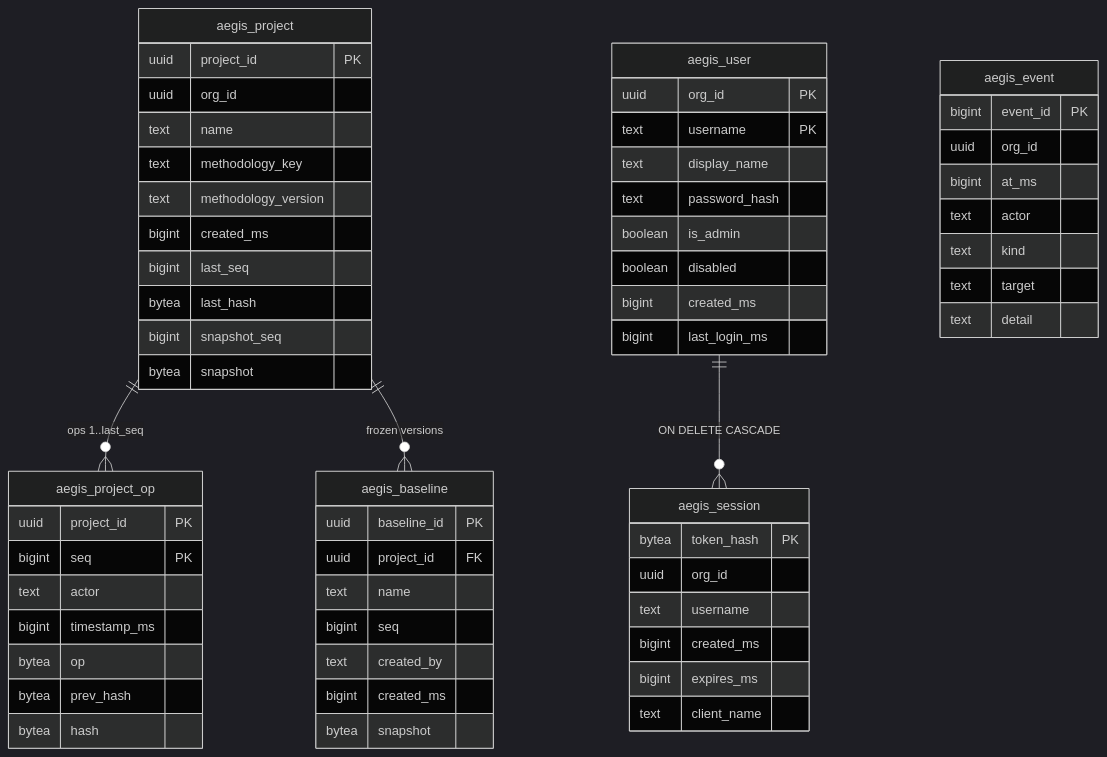
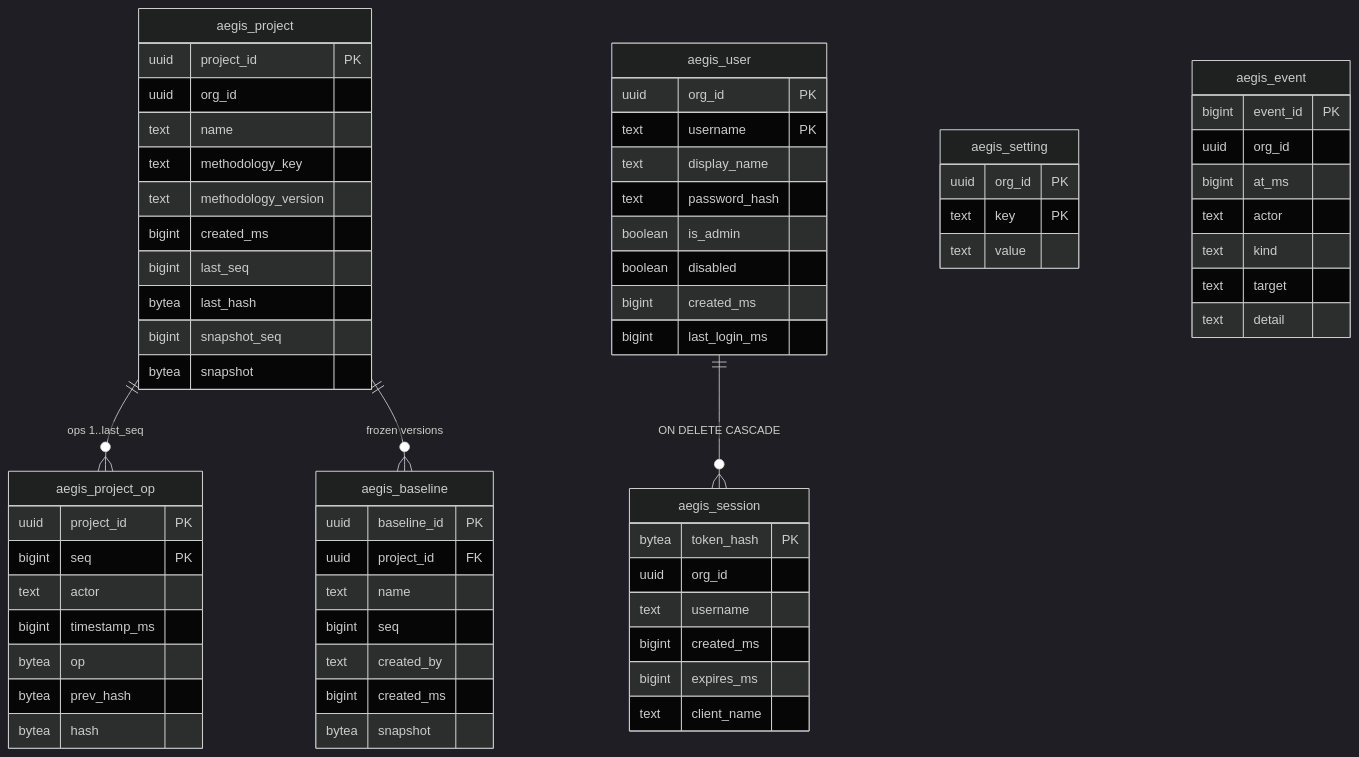
Diagram 18 of 20 in docs/architecture.md (eNipu/AegisTARA), drawn with Mermaid (dark theme) before and after one commit. The commit also changed other lines of this file and 27 other files, not shown here.

````diff
--- a/docs/architecture.md
+++ b/docs/architecture.md
@@ -1452,63 +1469,68 @@
 ```mermaid
 erDiagram
     aegis_project ||--o{ aegis_project_op : "ops 1..last_seq"
     aegis_project ||--o{ aegis_baseline : "frozen versions"
     aegis_user ||--o{ aegis_session : "ON DELETE CASCADE"
     aegis_project {
         uuid project_id PK
         uuid org_id
         text name
         text methodology_key
         text methodology_version
         bigint created_ms
         bigint last_seq
         bytea last_hash
         bigint snapshot_seq
         bytea snapshot
     }
     aegis_project_op {
         uuid project_id PK
         bigint seq PK
         text actor
         bigint timestamp_ms
         bytea op
         bytea prev_hash
         bytea hash
     }
     aegis_baseline {
         uuid baseline_id PK
         uuid project_id FK
         text name
         bigint seq
         text created_by
         bigint created_ms
         bytea snapshot
     }
     aegis_user {
         uuid org_id PK
         text username PK
         text display_name
         text password_hash
         boolean is_admin
         boolean disabled
         bigint created_ms
         bigint last_login_ms
     }
     aegis_session {
         bytea token_hash PK
         uuid org_id
         text username
         bigint created_ms
         bigint expires_ms
         text client_name
     }
+    aegis_setting {
+        uuid org_id PK
+        text key PK
+        text value
+    }
     aegis_event {
         bigint event_id PK
         uuid org_id
         bigint at_ms
         text actor
         text kind
         text target
         text detail
     }
 ```
````
